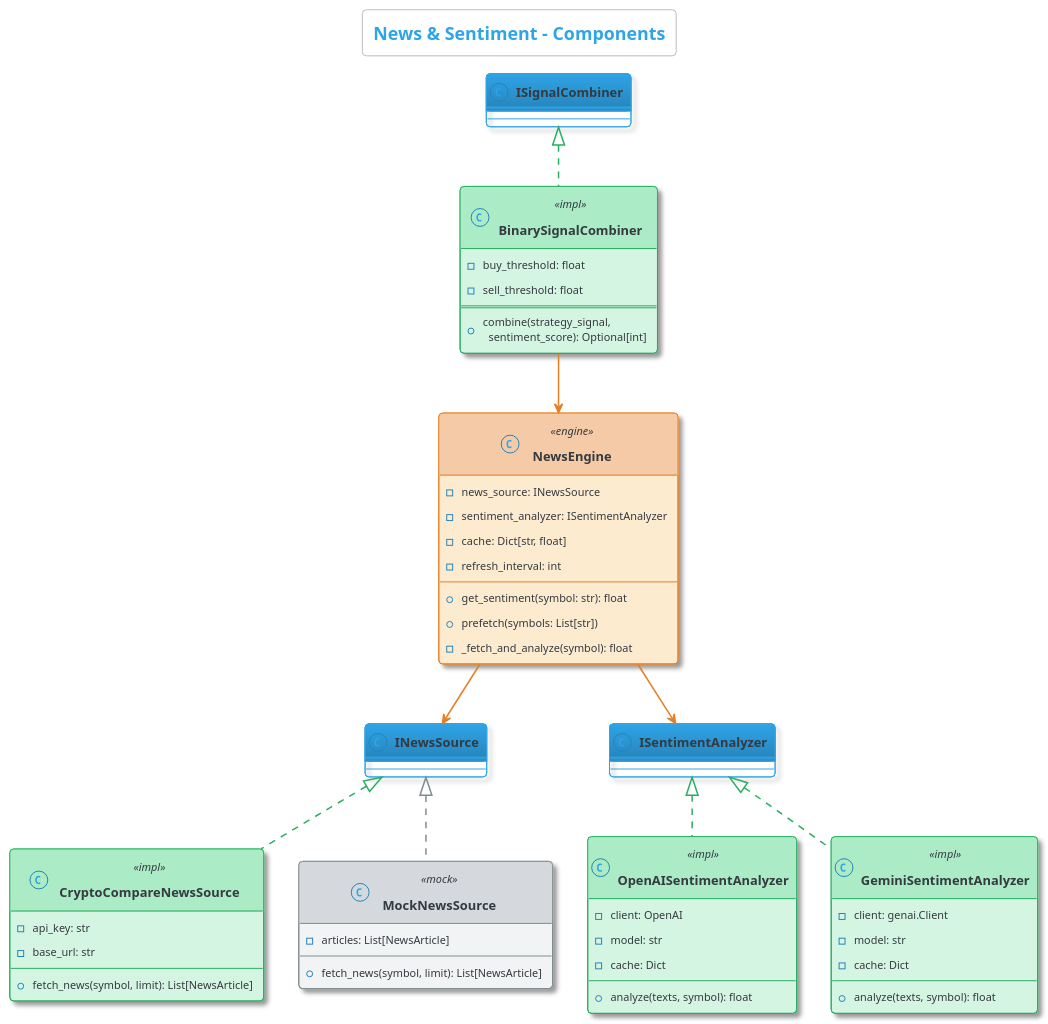
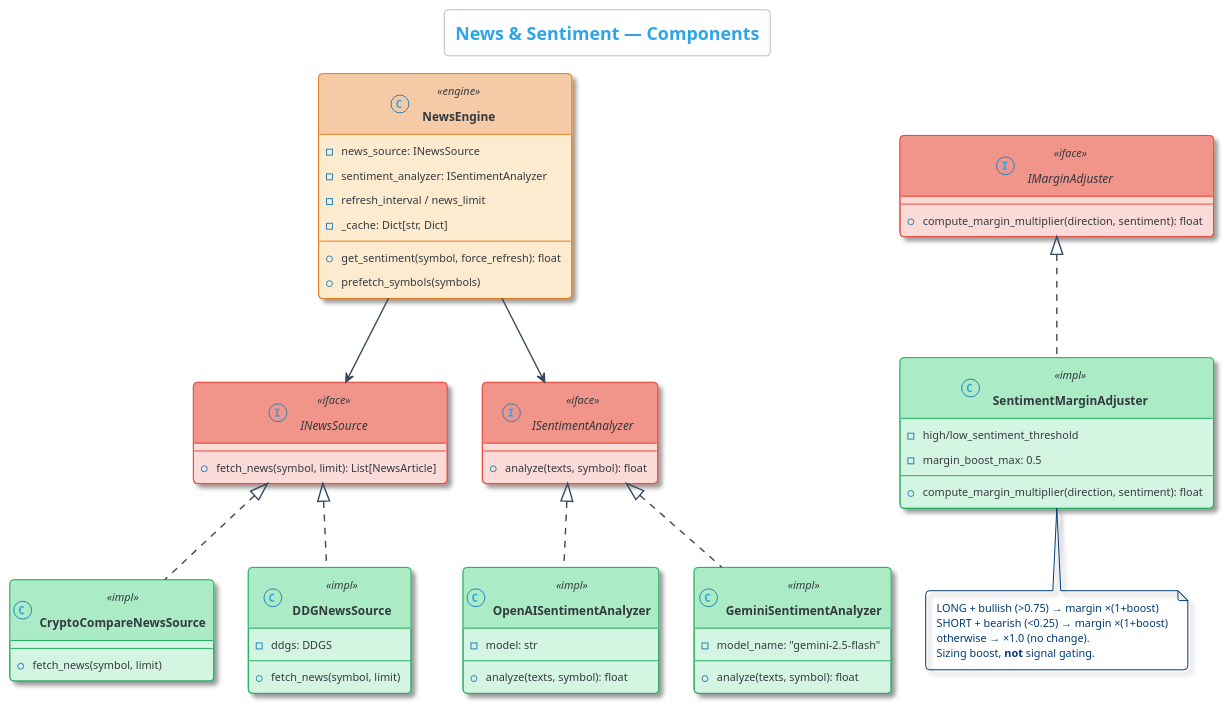
One commit to McanKul/ai-adaptive-tradebot-blg4901 changed the ninth of 15 diagrams in docs/uml_diagrams.puml. Above: the diagram before and after it, drawn with PlantUML. The commit also changed other lines of this file and 5 other files, not shown here.

```diff
--- a/docs/uml_diagrams.puml
+++ b/docs/uml_diagrams.puml
@@ -458,95 +1023,84 @@
 @startuml Class_News
 !theme cerulean-outline
-title <size:18>**News & Sentiment - Components**</size>
+title <size:18>**News & Sentiment — Components**</size>
 
 skinparam {
   shadowing true
   defaultFontSize 11
-  classFontSize 13
+  classFontSize 12
   classFontStyle bold
   ArrowColor #34495E
-  ArrowThickness 1.5
+  ArrowThickness 1.4
 }
-
 skinparam class<<engine>> {
   BackgroundColor #FDEBD0
   BorderColor #E67E22
   HeaderBackgroundColor #F5CBA7
 }
-
 skinparam class<<impl>> {
   BackgroundColor #D5F5E3
   BorderColor #27AE60
   HeaderBackgroundColor #ABEBC6
 }
-
-skinparam class<<mock>> {
-  BackgroundColor #F2F3F4
-  BorderColor #7F8C8D
-  HeaderBackgroundColor #D5D8DC
-}
-
-skinparam class<<abstract>> {
+skinparam class<<iface>> {
   BackgroundColor #FADBD8
   BorderColor #E74C3C
   HeaderBackgroundColor #F1948A
   FontStyle italic
 }
 
+interface INewsSource <<iface>> {
+  +fetch_news(symbol, limit): List[NewsArticle]
+}
+interface ISentimentAnalyzer <<iface>> {
+  +analyze(texts, symbol): float
+}
+interface IMarginAdjuster <<iface>> {
+  +compute_margin_multiplier(direction, sentiment): float
+}
+
 class NewsEngine <<engine>> {
   -news_source: INewsSource
   -sentiment_analyzer: ISentimentAnalyzer
-  -cache: Dict[str, float]
-  -refresh_interval: int
-  --
-  +get_sentiment(symbol: str): float
-  +prefetch(symbols: List[str])
-  -_fetch_and_analyze(symbol): float
+  -refresh_interval / news_limit
+  -_cache: Dict[str, Dict]
+  +get_sentiment(symbol, force_refresh): float
+  +prefetch_symbols(symbols)
+}
+class CryptoCompareNewsSource <<impl>> {
+  +fetch_news(symbol, limit)
+}
+class DDGNewsSource <<impl>> {
+  -ddgs: DDGS
+  +fetch_news(symbol, limit)
+}
+class OpenAISentimentAnalyzer <<impl>> {
+  -model: str
+  +analyze(texts, symbol): float
+}
+class GeminiSentimentAnalyzer <<impl>> {
+  -model_name: "gemini-2.5-flash"
+  +analyze(texts, symbol): float
+}
+class SentimentMarginAdjuster <<impl>> {
+  -high/low_sentiment_threshold
+  -margin_boost_max: 0.5
+  +compute_margin_multiplier(direction, sentiment): float
 }
 
-class CryptoCompareNewsSource <<impl>> {
-  -api_key: str
-  -base_url: str
-  --
-  +fetch_news(symbol, limit): List[NewsArticle]
-}
+INewsSource <|.. CryptoCompareNewsSource
+INewsSource <|.. DDGNewsSource
+ISentimentAnalyzer <|.. OpenAISentimentAnalyzer
+ISentimentAnalyzer <|.. GeminiSentimentAnalyzer
+IMarginAdjuster <|.. SentimentMarginAdjuster
+NewsEngine --> INewsSource
+NewsEngine --> ISentimentAnalyzer
 
-class MockNewsSource <<mock>> {
-  -articles: List[NewsArticle]
-  --
-  +fetch_news(symbol, limit): List[NewsArticle]
-}
-
-class OpenAISentimentAnalyzer <<impl>> {
-  -client: OpenAI
-  -model: str
-  -cache: Dict
-  --
-  +analyze(texts, symbol): float
-}
-
-class GeminiSentimentAnalyzer <<impl>> {
-  -client: genai.Client
-  -model: str
-  -cache: Dict
-  --
-  +analyze(texts, symbol): float
-}
-
-class BinarySignalCombiner <<impl>> {
-  -buy_threshold: float
-  -sell_threshold: float
-  ==
-  +combine(strategy_signal,\n  sentiment_score): Optional[int]
-}
-
-INewsSource <|..[#27AE60] CryptoCompareNewsSource
-INewsSource <|..[#7F8C8D] MockNewsSource
-ISentimentAnalyzer <|..[#27AE60] OpenAISentimentAnalyzer
-ISentimentAnalyzer <|..[#27AE60] GeminiSentimentAnalyzer
-ISignalCombiner <|..[#27AE60] BinarySignalCombiner
-NewsEngine -[#E67E22]-> INewsSource
-NewsEngine -[#E67E22]-> ISentimentAnalyzer
-BinarySignalCombiner -[#E67E22]-> NewsEngine
+note bottom of SentimentMarginAdjuster
+  LONG + bullish (>0.75) → margin ×(1+boost)
+  SHORT + bearish (<0.25) → margin ×(1+boost)
+  otherwise → ×1.0 (no change).
+  Sizing boost, **not** signal gating.
+end note
 
 @enduml
```
